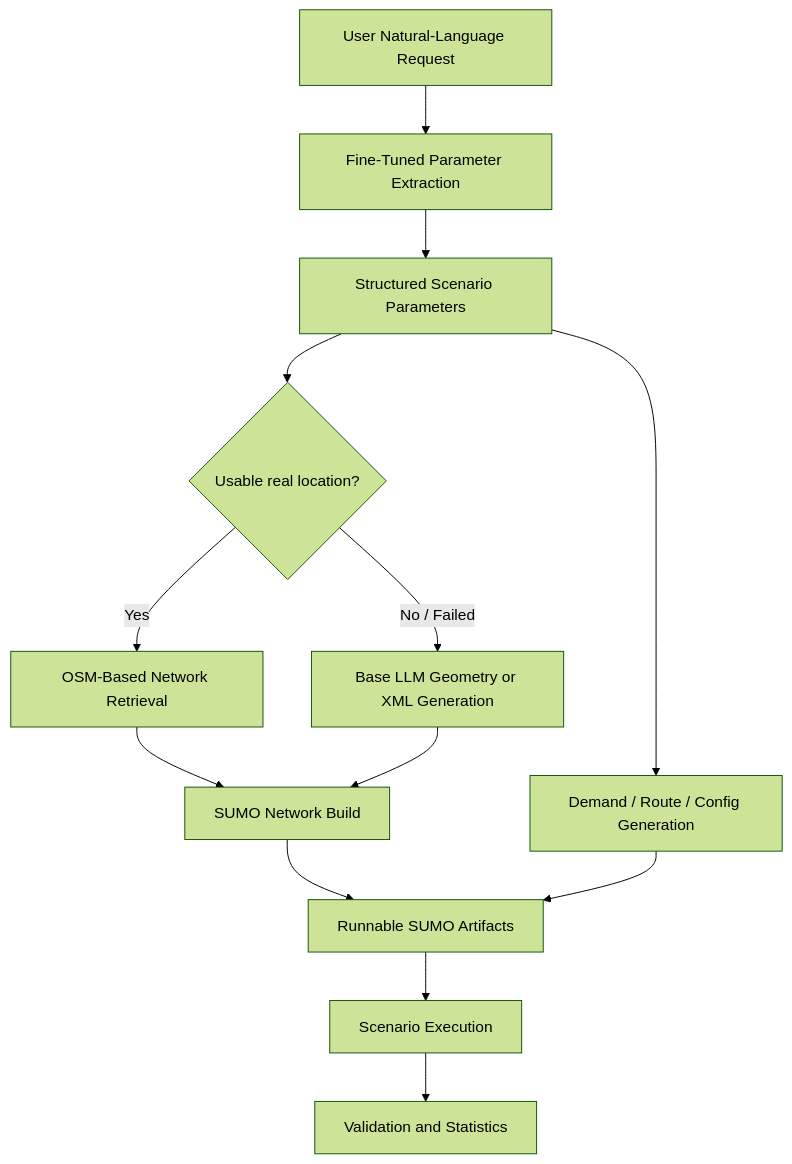
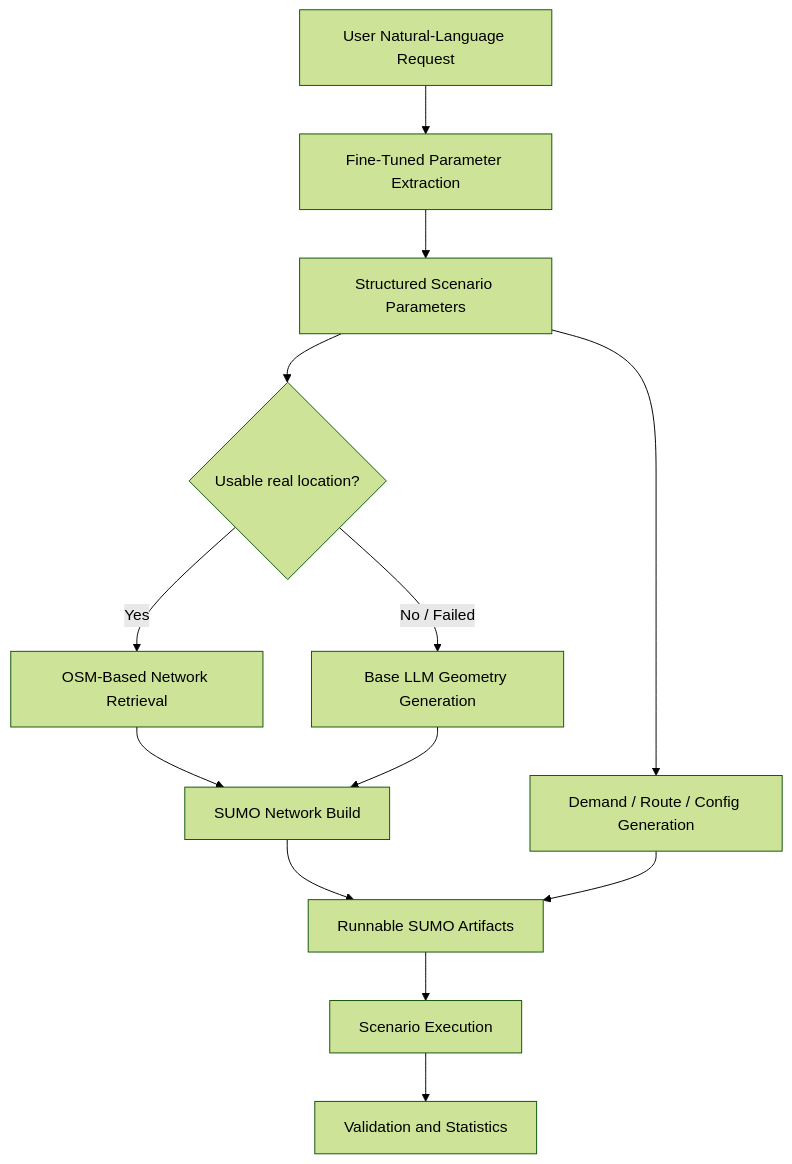
The first of 3 diagrams in README.md (sewon-p/sumo-traffic-agent), drawn with Mermaid (forest theme) before and after one commit. The commit also changed other lines of this file and 3 other files, not shown here.

````diff
--- a/README.md
+++ b/README.md
@@ -38,18 +26,15 @@
 ```mermaid
 flowchart TD
     A[User Natural-Language Request] --> B[Fine-Tuned Parameter Extraction]
     B --> C[Structured Scenario Parameters]
-
     C --> D{Usable real location?}
     D -- Yes --> E[OSM-Based Network Retrieval]
-    D -- No / Failed --> F[Base LLM Geometry or XML Generation]
-
+    D -- No / Failed --> F[Base LLM Geometry Generation]
     E --> G[SUMO Network Build]
     F --> G
     C --> H[Demand / Route / Config Generation]
-
     G --> I[Runnable SUMO Artifacts]
     H --> I
     I --> J[Scenario Execution]
     J --> K[Validation and Statistics]
 ```
````
